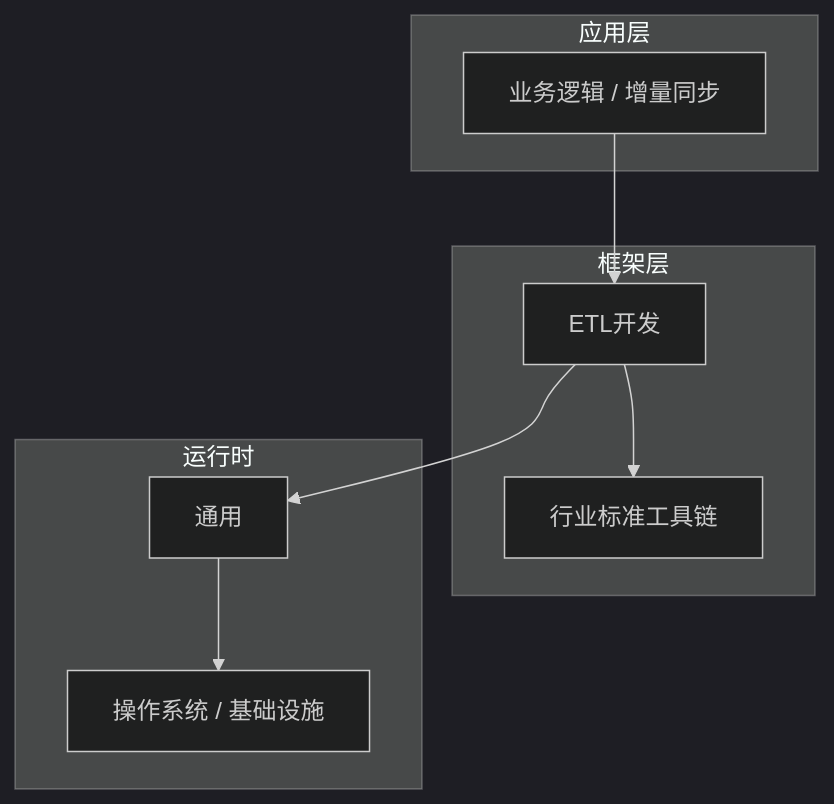
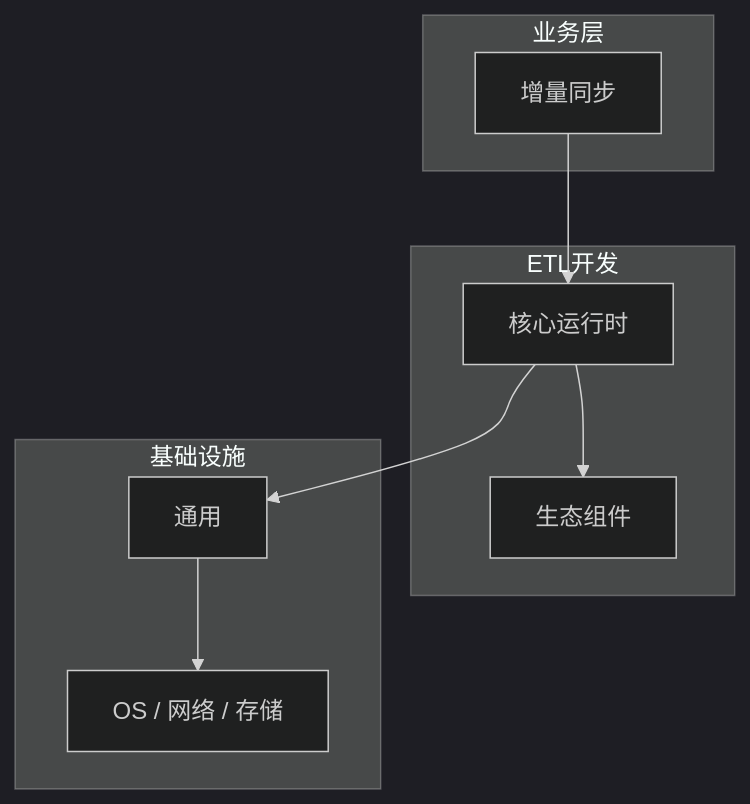
One commit to yanggan2015/knowledge-json-v2 changed the diagram in articles/ETL开发/chapters/036-增量同步核心概念与原理.md. Above: the diagram before and after it, drawn with Mermaid (dark theme). The commit also changed other lines of this file and 10127 other files, not shown here.

````diff
--- a/articles/ETL开发/chapters/036-增量同步核心概念与原理.md
+++ b/articles/ETL开发/chapters/036-增量同步核心概念与原理.md
@@ -45,18 +34,18 @@
 ```mermaid
 graph TB
-    subgraph 应用层
-        A[业务逻辑 / 增量同步]
+    subgraph 业务层
+        A[增量同步]
     end
-    subgraph 框架层
-        B[ETL开发]
-        C[行业标准工具链]
+    subgraph ETL开发
+        B[核心运行时]
+        C[生态组件]
     end
-    subgraph 运行时
+    subgraph 基础设施
         D[通用]
-        E[操作系统 / 基础设施]
+        E[OS / 网络 / 存储]
     end
     A --> B
     B --> C
     B --> D
     D --> E
 ```
````
